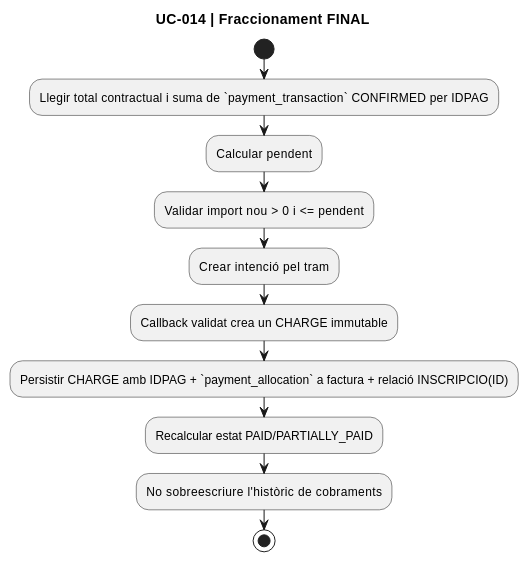
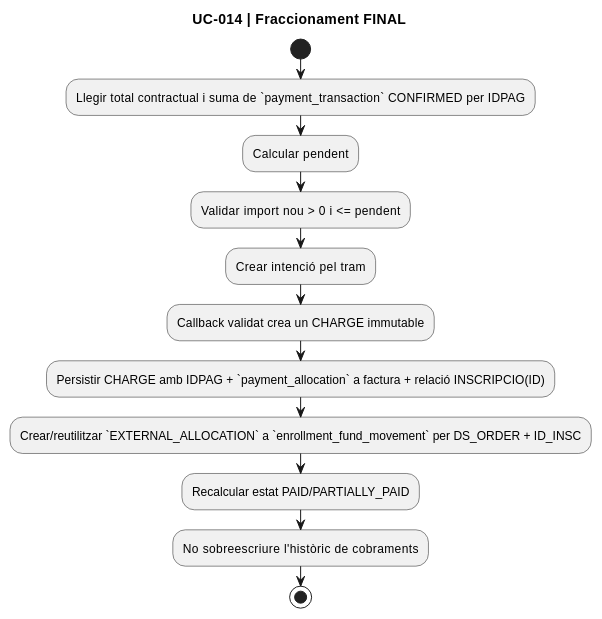
Before and after one commit to orgmeriemprismacat-del/verifactu: diagram 12 of 14 in documentacio/07-uml-integrat/uc-014-activitats-pagines-redsys-actual-final.md, drawn with PlantUML. The commit also changed other lines of this file, not shown here.

Commit message:
docs(UC-014): completar activitats amb EXTERNAL_ALLOCATION

````diff
--- a/documentacio/07-uml-integrat/uc-014-activitats-pagines-redsys-actual-final.md
+++ b/documentacio/07-uml-integrat/uc-014-activitats-pagines-redsys-actual-final.md
@@ -339,15 +345,16 @@
 ```plantuml
 @startuml
 title UC-014 | Fraccionament FINAL
 start
 :Llegir total contractual i suma de `payment_transaction` CONFIRMED per IDPAG;
 :Calcular pendent;
 :Validar import nou > 0 i <= pendent;
 :Crear intenció pel tram;
 :Callback validat crea un CHARGE immutable;
 :Persistir CHARGE amb IDPAG + `payment_allocation` a factura + relació INSCRIPCIO(ID);
+:Crear/reutilitzar `EXTERNAL_ALLOCATION` a `enrollment_fund_movement` per DS_ORDER + ID_INSC;
 :Recalcular estat PAID/PARTIALLY_PAID;
 :No sobreescriure l'històric de cobraments;
 stop
 @enduml
 ```
````
